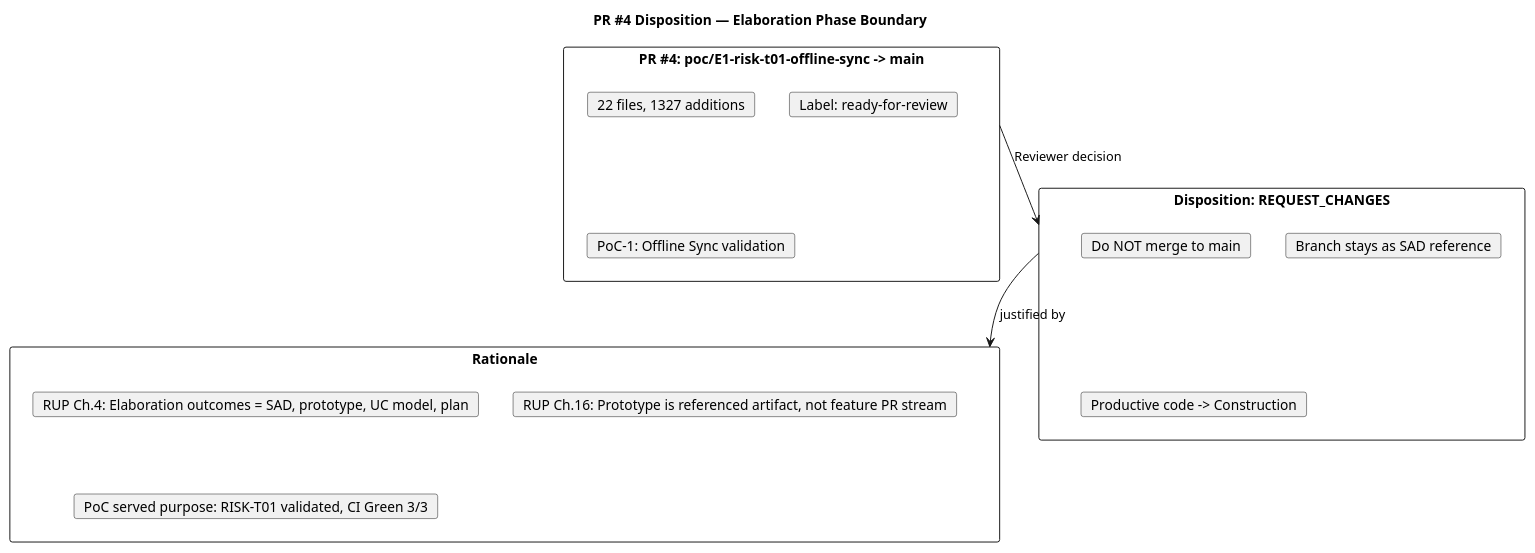
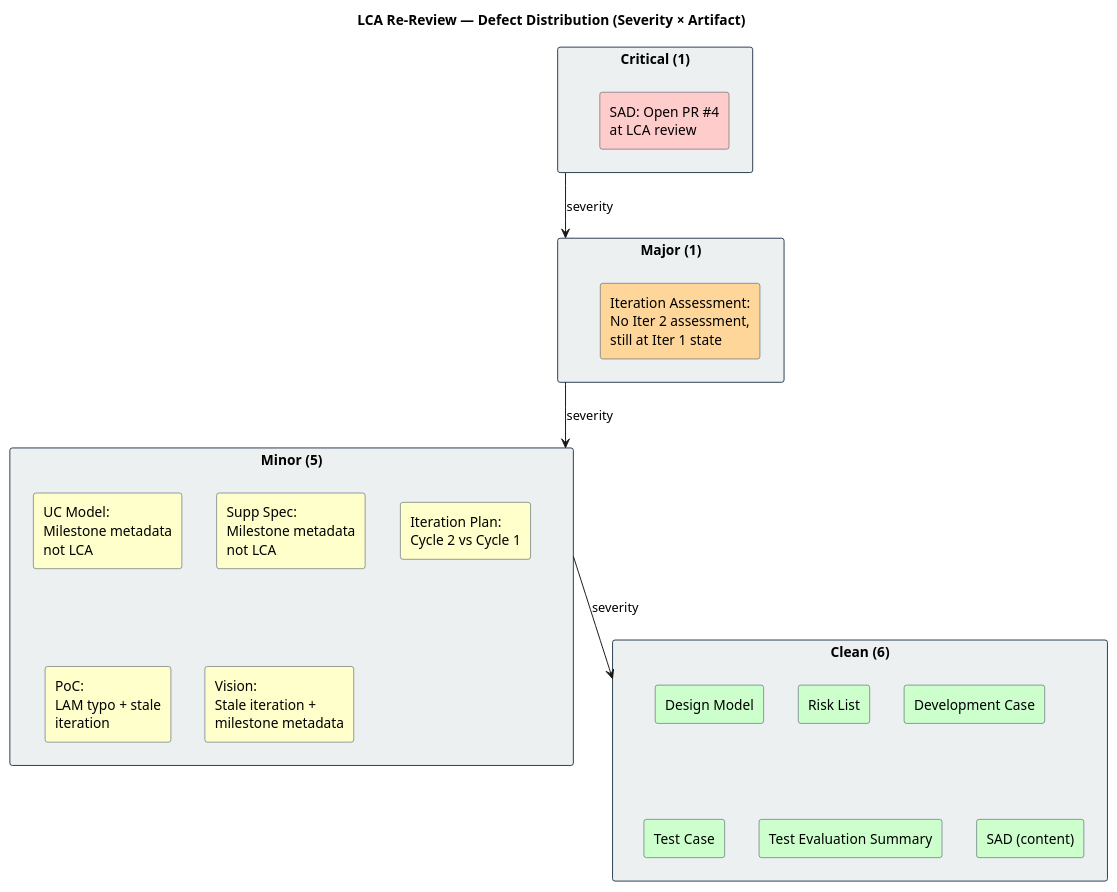
One commit to banense-test/demo-janke-lab changed the second of 2 diagrams in docs/artifacts/project-management/review-record.md. Above: the diagram before and after it, drawn with PlantUML. The commit also changed other lines of this file, not shown here.

First line of the commit message:
Reviewer [E2]: upsert Review Record

````diff
--- a/docs/artifacts/project-management/review-record.md
+++ b/docs/artifacts/project-management/review-record.md
@@ -290,27 +250,38 @@
 ```plantuml
 @startuml
-title PR #4 Disposition — Elaboration Phase Boundary
+title LCA Re-Review — Defect Distribution (Severity × Artifact)
 
-rectangle "PR #4: poc/E1-risk-t01-offline-sync -> main" as PR {
-  card "22 files, 1327 additions" as SIZE
-  card "Label: ready-for-review" as LABEL
-  card "PoC-1: Offline Sync validation" as PURPOSE
+skinparam rectangleBorderColor #2c3e50
+skinparam rectangleBackgroundColor #ecf0f1
+
+rectangle "Critical (1)" as Crit {
+  rectangle "SAD: Open PR #4\nat LCA review" as C1 #ffcccc
 }
 
-rectangle "Disposition: REQUEST_CHANGES" as DISP {
-  card "Do NOT merge to main" as ACTION
-  card "Branch stays as SAD reference" as KEEP
-  card "Productive code -> Construction" as RULE
+rectangle "Major (1)" as Maj {
+  rectangle "Iteration Assessment:\nNo Iter 2 assessment,\nstill at Iter 1 state" as M1 #ffd699
 }
 
-rectangle "Rationale" as RATIONALE {
-  card "RUP Ch.4: Elaboration outcomes = SAD, prototype, UC model, plan" as CH4
-  card "RUP Ch.16: Prototype is referenced artifact, not feature PR stream" as CH16
-  card "PoC served purpose: RISK-T01 validated, CI Green 3/3" as SERVED
+rectangle "Minor (5)" as Min {
+  rectangle "UC Model:\nMilestone metadata\nnot LCA" as Mi1 #ffffcc
+  rectangle "Supp Spec:\nMilestone metadata\nnot LCA" as Mi2 #ffffcc
+  rectangle "Iteration Plan:\nCycle 2 vs Cycle 1" as Mi3 #ffffcc
+  rectangle "PoC:\nLAM typo + stale\niteration" as Mi4 #ffffcc
+  rectangle "Vision:\nStale iteration +\nmilestone metadata" as Mi5 #ffffcc
 }
 
-PR --> DISP : Reviewer decision
-DISP --> RATIONALE : justified by
+rectangle "Clean (6)" as Clean {
+  rectangle "Design Model" as Cl1 #ccffcc
+  rectangle "Risk List" as Cl2 #ccffcc
+  rectangle "Development Case" as Cl3 #ccffcc
+  rectangle "Test Case" as Cl4 #ccffcc
+  rectangle "Test Evaluation Summary" as Cl5 #ccffcc
+  rectangle "SAD (content)" as Cl6 #ccffcc
+}
+
+Crit --> Maj : severity
+Maj --> Min : severity
+Min --> Clean : severity
 
 @enduml
 ```
````
